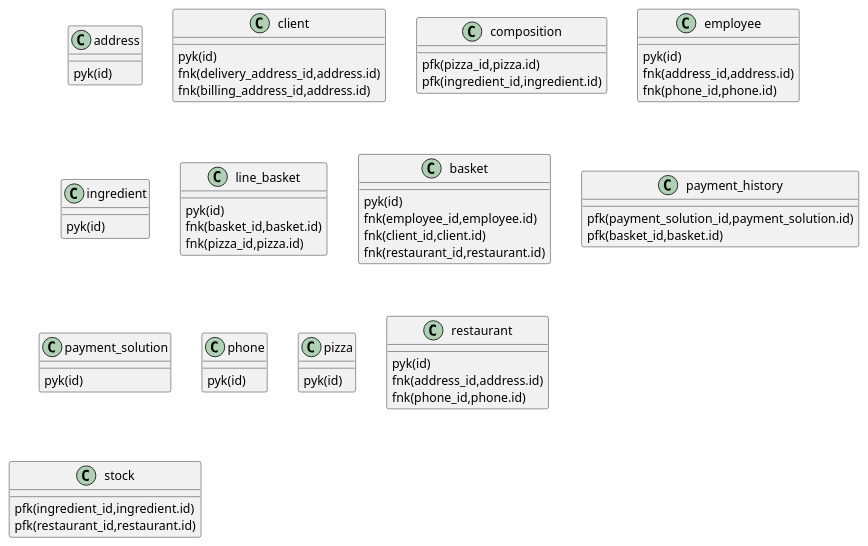
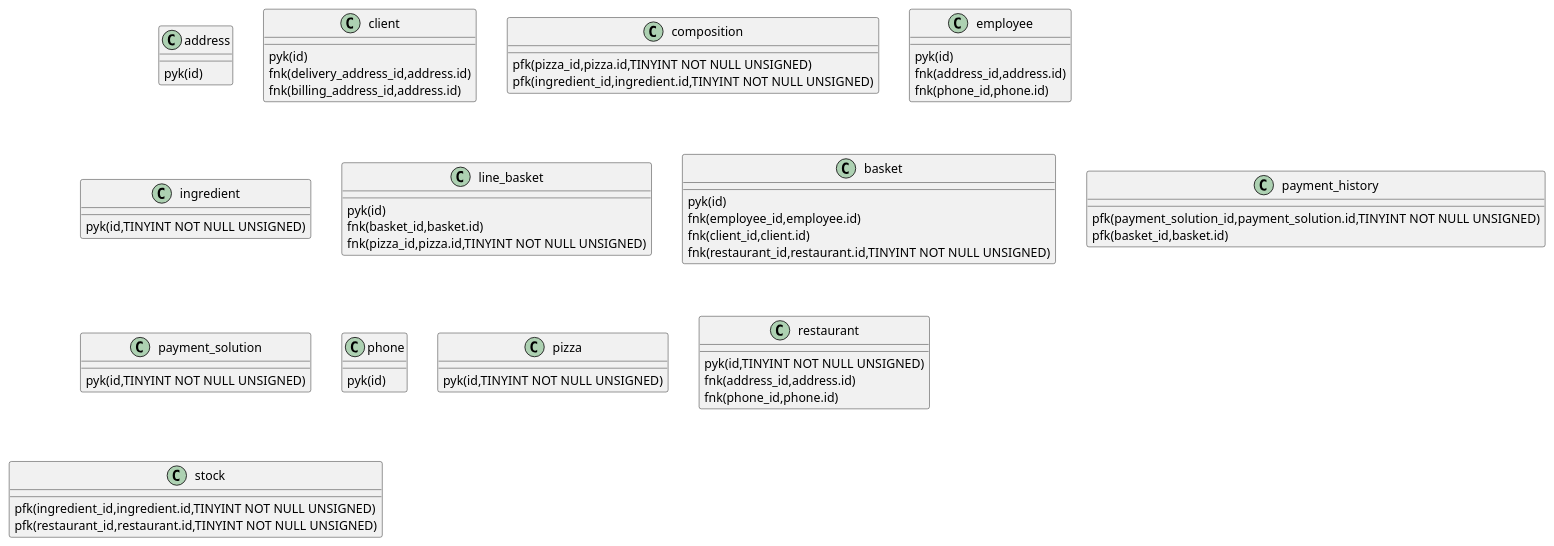
Before and after one commit to freezed/ocp6: the diagram in src-puml/keys.iuml, drawn with PlantUML. The commit also changed 2 other files, not shown here.

```diff
--- a/src-puml/keys.iuml
+++ b/src-puml/keys.iuml
@@ -1,54 +1,54 @@
 /' = = = = = = = KEY = = = = = = = '/
 class address {
     pyk(id)
 }
 class client {
     pyk(id)
     fnk(delivery_address_id,address.id)
     fnk(billing_address_id,address.id)
 }
 class composition {
-    pfk(pizza_id,pizza.id)
-    pfk(ingredient_id,ingredient.id)
+    pfk(pizza_id,pizza.id,TINYINT NOT NULL UNSIGNED)
+    pfk(ingredient_id,ingredient.id,TINYINT NOT NULL UNSIGNED)
 }
 class employee {
     pyk(id)
     fnk(address_id,address.id)
     fnk(phone_id,phone.id)
 }
 class ingredient {
-    pyk(id)
+    pyk(id,TINYINT NOT NULL UNSIGNED)
 }
 class line_basket {
     pyk(id)
     fnk(basket_id,basket.id)
-    fnk(pizza_id,pizza.id)
+    fnk(pizza_id,pizza.id,TINYINT NOT NULL UNSIGNED)
 }
 class basket {
     pyk(id)
     fnk(employee_id,employee.id)
     fnk(client_id,client.id)
-    fnk(restaurant_id,restaurant.id)
+    fnk(restaurant_id,restaurant.id,TINYINT NOT NULL UNSIGNED)
 }
 class payment_history {
-    pfk(payment_solution_id,payment_solution.id)
+    pfk(payment_solution_id,payment_solution.id,TINYINT NOT NULL UNSIGNED)
     pfk(basket_id,basket.id)
 }
 class payment_solution {
-    pyk(id)
+    pyk(id,TINYINT NOT NULL UNSIGNED)
 }
 class phone {
     pyk(id)
 }
 class pizza {
-    pyk(id)
+    pyk(id,TINYINT NOT NULL UNSIGNED)
 }
 class restaurant {
-    pyk(id)
+    pyk(id,TINYINT NOT NULL UNSIGNED)
     fnk(address_id,address.id)
     fnk(phone_id,phone.id)
 }
 class stock {
-    pfk(ingredient_id,ingredient.id)
-    pfk(restaurant_id,restaurant.id)
+    pfk(ingredient_id,ingredient.id,TINYINT NOT NULL UNSIGNED)
+    pfk(restaurant_id,restaurant.id,TINYINT NOT NULL UNSIGNED)
 }
```
